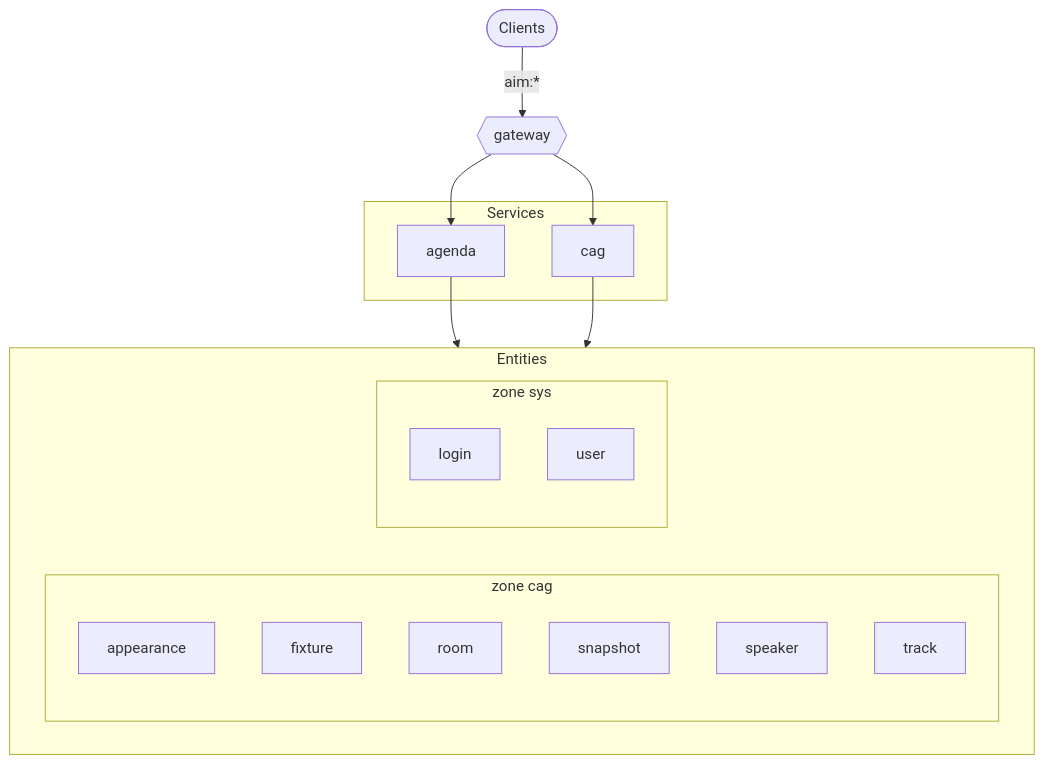
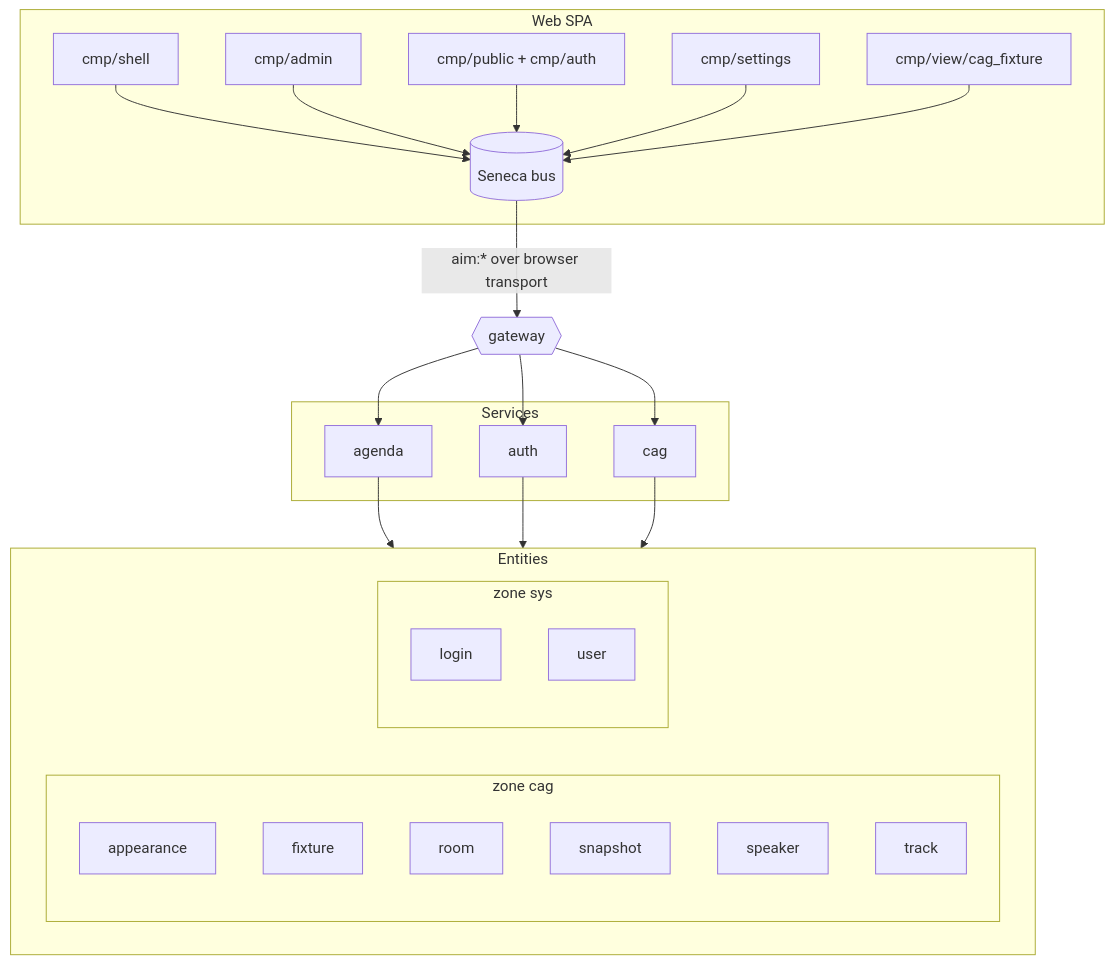
Before and after one commit to voxgig/conf-agenda: the first of 2 diagrams in docs/reference/system-map.md, drawn with Mermaid. The commit also changed other lines of this file and 108 other files, not shown here.

````diff
--- a/docs/reference/system-map.md
+++ b/docs/reference/system-map.md
@@ -10,26 +10,42 @@
 ```mermaid
 flowchart TB
-  client([Clients]) -->|aim:*| gateway{{gateway}}
+  subgraph spa[Web SPA]
+    shell[cmp/shell]
+    admin[cmp/admin]
+    publiccmp[cmp/public + cmp/auth]
+    settings[cmp/settings]
+    view_cag_fixture[cmp/view/cag_fixture]
+    bus[(Seneca bus)]
+    shell --> bus
+    admin --> bus
+    publiccmp --> bus
+    settings --> bus
+    view_cag_fixture --> bus
+  end
+  bus -->|aim:* over browser transport| gateway{{gateway}}
   subgraph services[Services]
     srv_agenda[agenda]
+    srv_auth[auth]
     srv_cag[cag]
   end
   gateway --> srv_agenda
+  gateway --> srv_auth
   gateway --> srv_cag
   subgraph data[Entities]
     subgraph zone_cag[zone cag]
       cag_appearance[appearance]
       cag_fixture[fixture]
       cag_room[room]
       cag_snapshot[snapshot]
       cag_speaker[speaker]
       cag_track[track]
     end
     subgraph zone_sys[zone sys]
       sys_login[login]
       sys_user[user]
     end
   end
   srv_agenda --> data
+  srv_auth --> data
   srv_cag --> data
 ```
````
